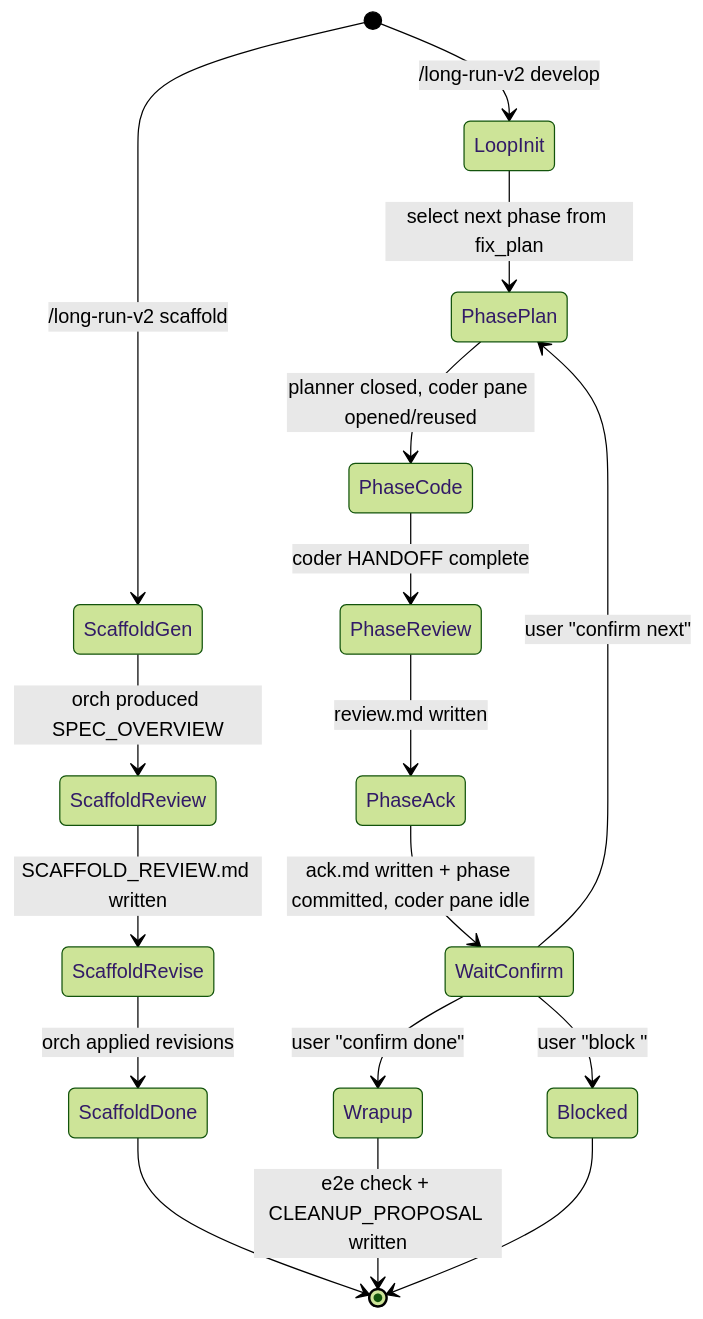
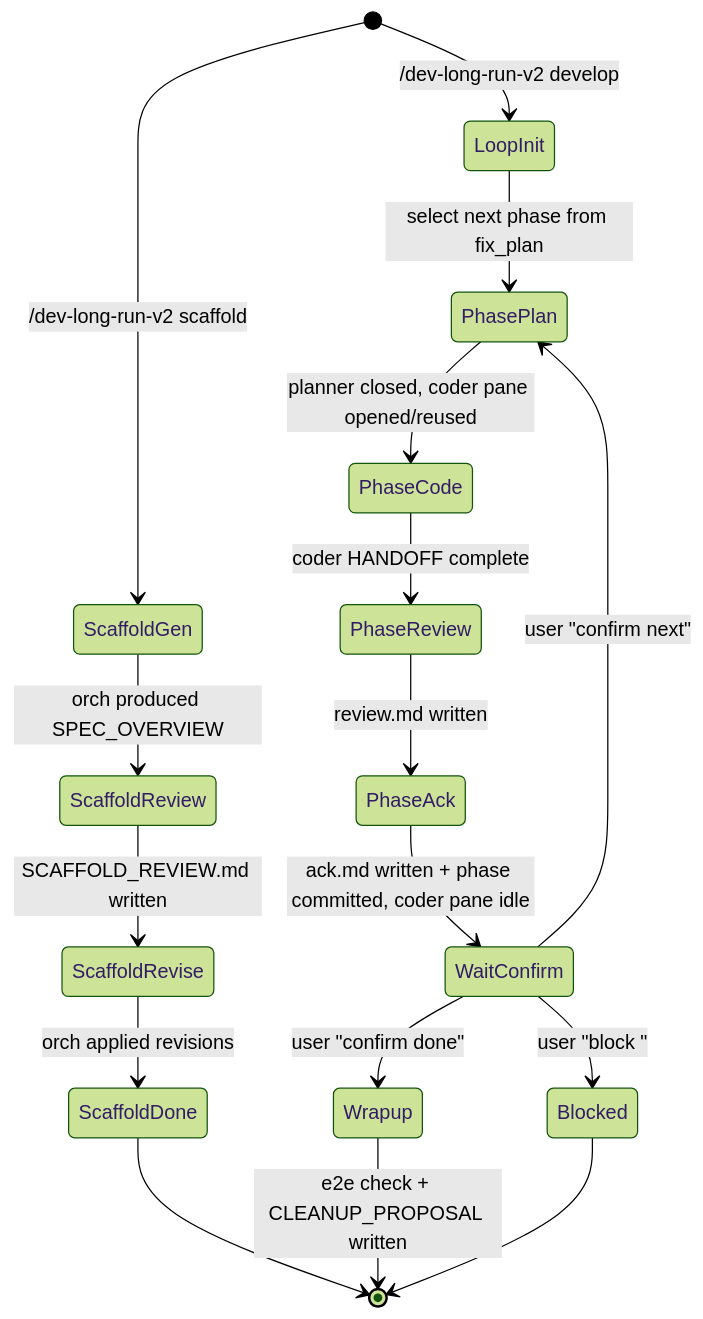
Before and after one commit to notdp/.dotfiles: the diagram in docs/specs/dev-long-run-v2/overview.md, drawn with Mermaid (forest theme). The commit also changed other lines of this file and 7 other files, not shown here.

First line of the commit message:
refactor(long-run-v2): rename to dev-long-run-v2 and register in catalog

````diff
--- a/docs/specs/dev-long-run-v2/overview.md
+++ b/docs/specs/dev-long-run-v2/overview.md
@@ -254,20 +254,20 @@
 ```mermaid
 stateDiagram-v2
-    [*] --> ScaffoldGen: /long-run-v2 scaffold
+    [*] --> ScaffoldGen: /dev-long-run-v2 scaffold
     ScaffoldGen --> ScaffoldReview: orch produced SPEC_OVERVIEW
     ScaffoldReview --> ScaffoldRevise: SCAFFOLD_REVIEW.md written
     ScaffoldRevise --> ScaffoldDone: orch applied revisions
     ScaffoldDone --> [*]
 
-    [*] --> LoopInit: /long-run-v2 develop
+    [*] --> LoopInit: /dev-long-run-v2 develop
     LoopInit --> PhasePlan: select next phase from fix_plan
     PhasePlan --> PhaseCode: planner closed, coder pane opened/reused
     PhaseCode --> PhaseReview: coder HANDOFF complete
     PhaseReview --> PhaseAck: review.md written
     PhaseAck --> WaitConfirm: ack.md written + phase committed, coder pane idle
     WaitConfirm --> PhasePlan: user "confirm next"
     WaitConfirm --> Wrapup: user "confirm done"
     WaitConfirm --> Blocked: user "block <reason>"
     Wrapup --> [*]: e2e check + CLEANUP_PROPOSAL written
     Blocked --> [*]
 ```
````
